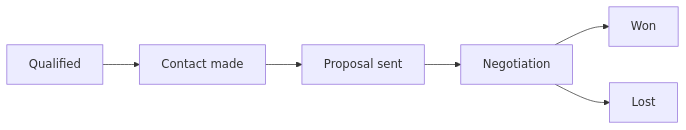
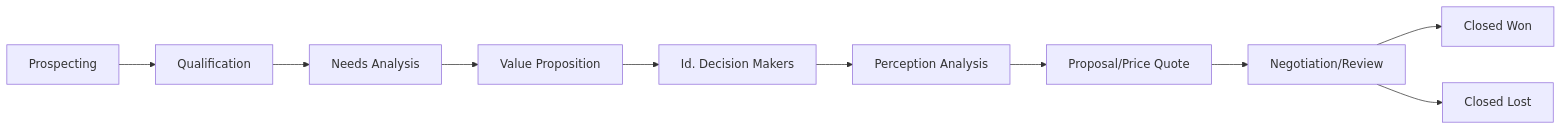
One commit to aglyn/aglyn changed the diagram in apps/docs/docs/content-and-data/crm/deals.md. Above: the diagram before and after it, drawn with Mermaid. The commit also changed other lines of this file and 64 other files, not shown here.

````diff
--- a/apps/docs/docs/content-and-data/crm/deals.md
+++ b/apps/docs/docs/content-and-data/crm/deals.md
@@ -21,6 +21,7 @@
 ```mermaid
 flowchart LR
-  Q[Qualified] --> C[Contact made] --> P[Proposal sent] --> N[Negotiation]
-  N --> W[Won]
-  N --> L[Lost]
+  P[Prospecting] --> Q[Qualification] --> NA[Needs Analysis] --> V[Value Proposition]
+  V --> D[Id. Decision Makers] --> PA[Perception Analysis] --> PQ[Proposal/Price Quote] --> N[Negotiation/Review]
+  N --> W[Closed Won]
+  N --> L[Closed Lost]
 ```
````
